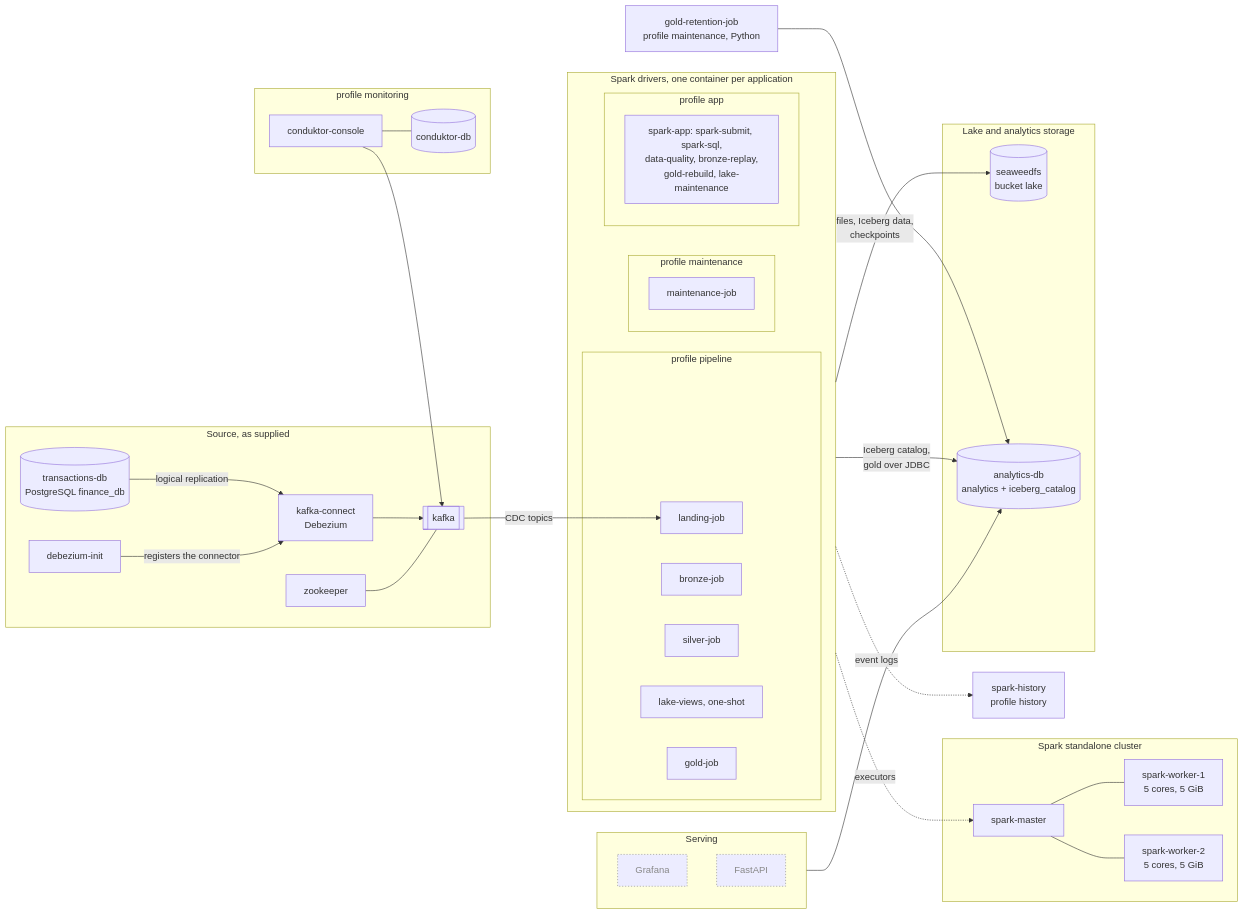
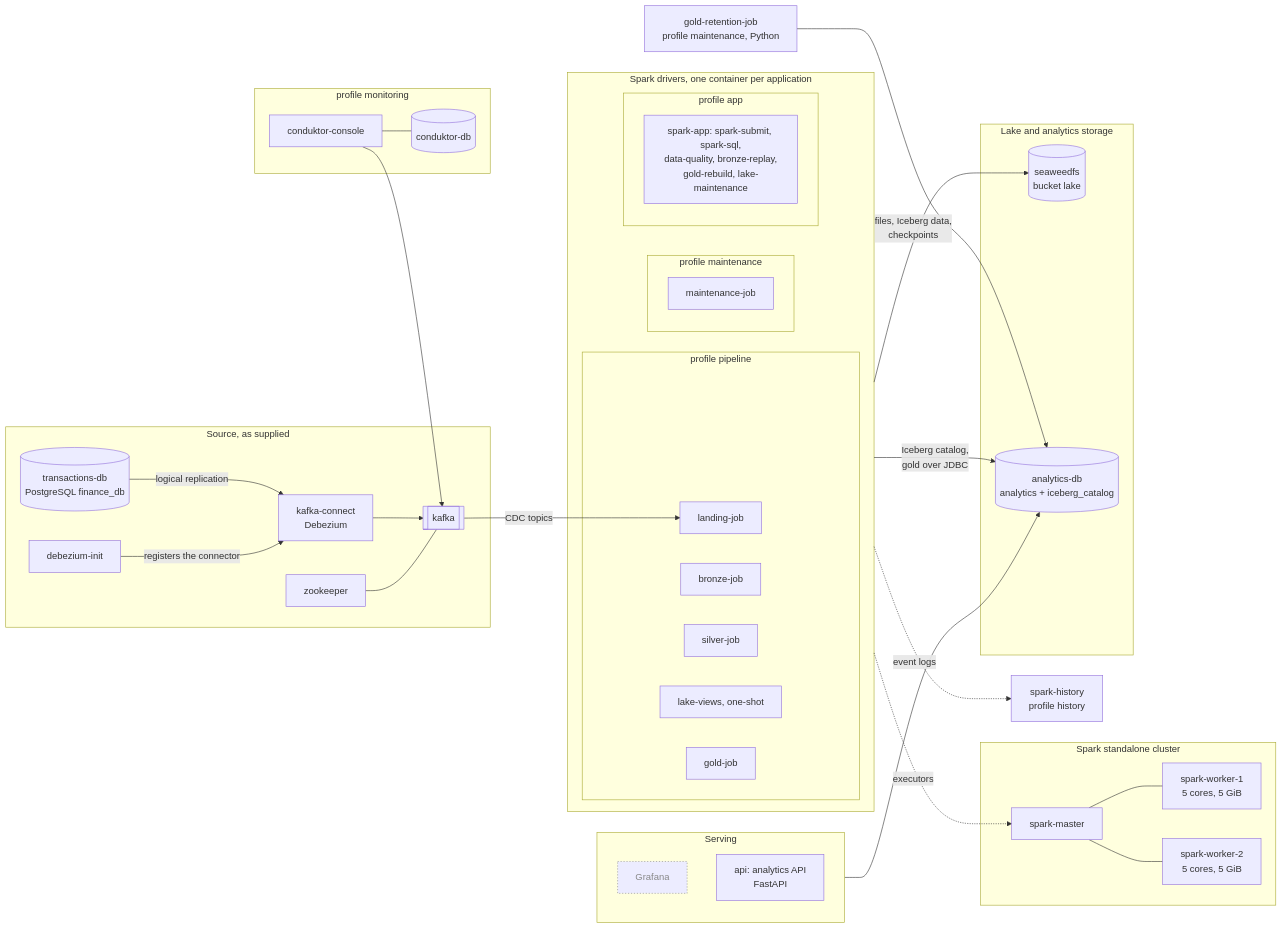
One commit to jonathan5p/deel-home-task changed the first of 5 diagrams in docs/architecture/overview.md. Above: the diagram before and after it, drawn with Mermaid. The commit also changed other lines of this file, not shown here.

Commit message:
docs(architecture): show the analytics API and link the table reference on the docs site

````diff
--- a/docs/architecture/overview.md
+++ b/docs/architecture/overview.md
@@ -22,71 +22,71 @@
 ```mermaid
 flowchart LR
     subgraph source["Source, as supplied"]
         tdb[("transactions-db<br/>PostgreSQL finance_db")]
         connect["kafka-connect<br/>Debezium"]
         dinit["debezium-init"]
         zk["zookeeper"]
         kafka[["kafka"]]
     end
 
     subgraph drivers["Spark drivers, one container per application"]
         subgraph pipeline["profile pipeline"]
             landing["landing-job"]
             bronze["bronze-job"]
             silver["silver-job"]
             views["lake-views, one-shot"]
             gold["gold-job"]
         end
         subgraph scheduled["profile maintenance"]
             maint["maintenance-job"]
         end
         subgraph adhoc["profile app"]
             app["spark-app: spark-submit, spark-sql,<br/>data-quality, bronze-replay,<br/>gold-rebuild, lake-maintenance"]
         end
     end
 
     subgraph cluster["Spark standalone cluster"]
         master["spark-master"]
         w1["spark-worker-1<br/>5 cores, 5 GiB"]
         w2["spark-worker-2<br/>5 cores, 5 GiB"]
     end
 
     subgraph storage["Lake and analytics storage"]
         s3[("seaweedfs<br/>bucket lake")]
         adb[("analytics-db<br/>analytics + iceberg_catalog")]
     end
 
     retention["gold-retention-job<br/>profile maintenance, Python"]
     history["spark-history<br/>profile history"]
 
     subgraph monitoring["profile monitoring"]
         conduktor["conduktor-console"]
         cdb[("conduktor-db")]
     end
 
     subgraph serving["Serving"]
         grafana["Grafana"]
-        api["FastAPI"]
+        api["api: analytics API<br/>FastAPI"]
     end
 
     tdb -- "logical replication" --> connect
     dinit -- "registers the connector" --> connect
     connect --> kafka
     zk --- kafka
     kafka -- "CDC topics" --> landing
 
     drivers -. "executors" .-> master
     master --- w1
     master --- w2
     drivers -- "files, Iceberg data,<br/>checkpoints" --> s3
     drivers -- "Iceberg catalog,<br/>gold over JDBC" --> adb
     drivers -. "event logs" .-> history
     retention --> adb
 
     conduktor --> kafka
     conduktor --- cdb
     serving --> adb
 
     classDef progress stroke-dasharray: 2 3,color:#888,stroke:#888
-    class grafana,api progress
+    class grafana progress
 ```
````
